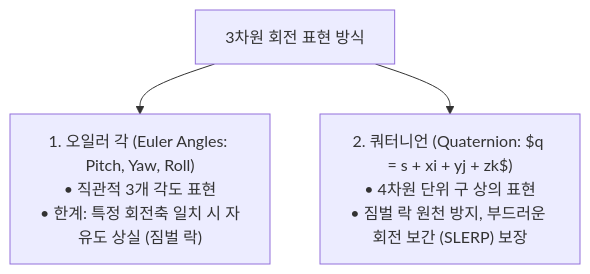
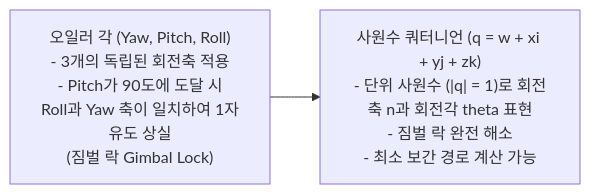
Before and after one commit to umyunsang/edu: the diagram in ComputerScience/06_algorithms-graphics/computer-graphics/notes/02. 2D & 3D 아핀 기하 변환과 동차 좌표계.md, drawn with Mermaid. The commit also changed other lines of this file and 19 other files, not shown here.

````diff
--- a/ComputerScience/06_algorithms-graphics/computer-graphics/notes/02. 2D & 3D 아핀 기하 변환과 동차 좌표계.md
+++ b/ComputerScience/06_algorithms-graphics/computer-graphics/notes/02. 2D & 3D 아핀 기하 변환과 동차 좌표계.md
@@ -46,6 +42,4 @@
 ```mermaid
-flowchart TD
-    ROT["3차원 회전 표현 방식"]
-    ROT --> EULER["1. 오일러 각 (Euler Angles: Pitch, Yaw, Roll)<br/>• 직관적 3개 각도 표현<br/>• 한계: 특정 회전축 일치 시 자유도 상실 (짐벌 락)"]
-    ROT --> QUAT["2. 쿼터니언 (Quaternion: $q = s + xi + yj + zk$)<br/>• 4차원 단위 구 상의 표현<br/>• 짐벌 락 원천 방지, 부드러운 회전 보간 (SLERP) 보장"]
+flowchart LR
+    EULER["오일러 각 (Yaw, Pitch, Roll)<br/>- 3개의 독립된 회전축 적용<br/>- Pitch가 90도에 도달 시<br/>Roll과 Yaw 축이 일치하여 1자유도 상실<br/>(짐벌 락 Gimbal Lock)"] --> QUAT["사원수 쿼터니언 (q = w + xi + yj + zk)<br/>- 단위 사원수 (|q| = 1)로 회전축 n과 회전각 theta 표현<br/>- 짐벌 락 완전 해소<br/>- 최소 보간 경로 계산 가능"]
 ```
````
